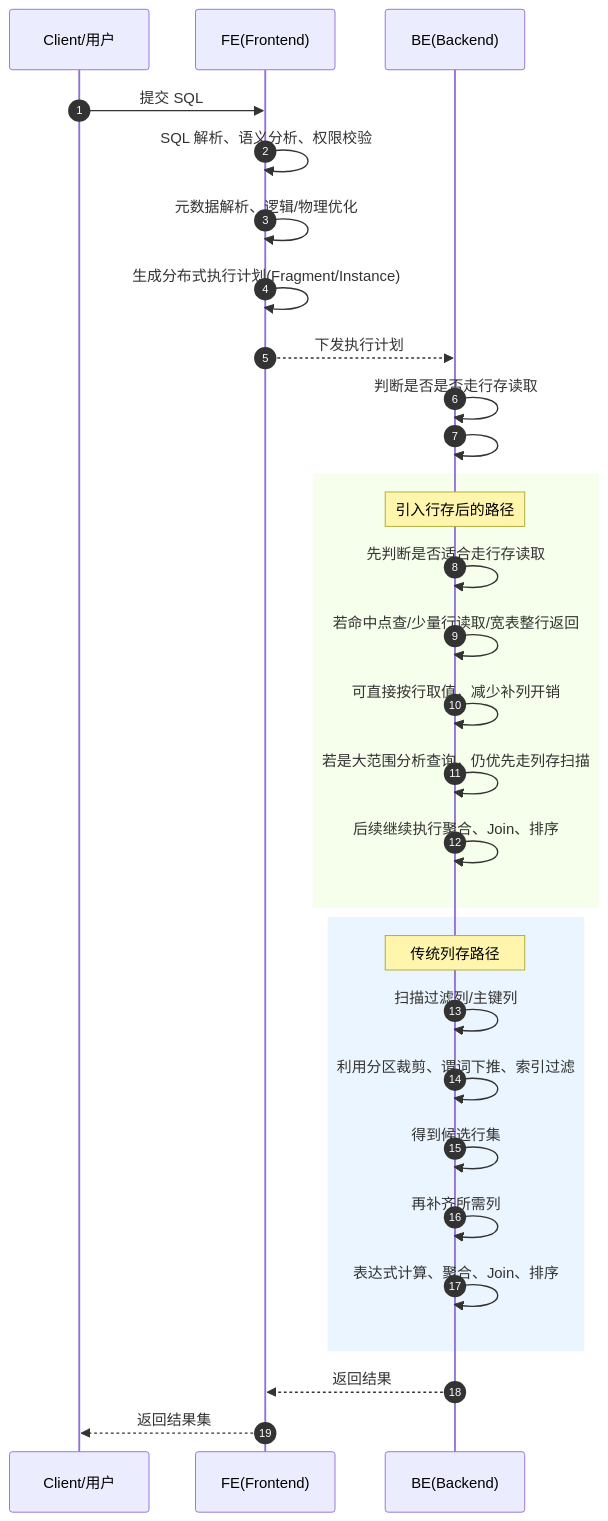
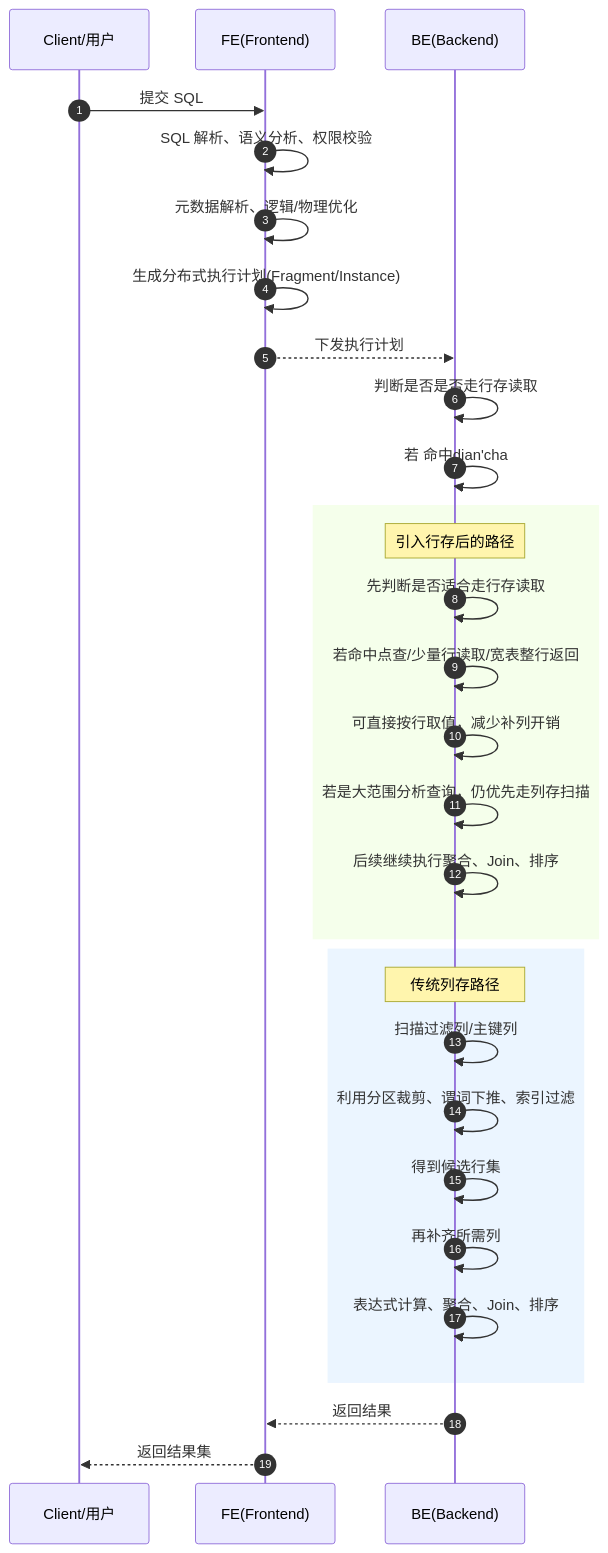
Before and after one commit to HY-10-8/iodraw-files: the diagram in all/未命名-4.md, drawn with Mermaid.

Commit message:
2026-04-22 17:41:28 update

````diff
--- a/all/未命名-4.md
+++ b/all/未命名-4.md
@@ -1,50 +1,50 @@
 ```mermaid
 sequenceDiagram
     autonumber
 
     participant Client as Client/用户
     participant FE as FE(Frontend)
     participant BE as BE(Backend)
     
     Client->>FE: 提交 SQL
     FE->>FE: SQL 解析、语义分析、权限校验
     FE->>FE: 元数据解析、逻辑/物理优化
     FE->>FE: 生成分布式执行计划(Fragment/Instance)
     FE-->>BE: 下发执行计划
 
     BE->>BE: 判断是否是否走行存读取
-    BE->>BE: 
+    BE->>BE: 若 命中dian'cha
 
 
 
     rect rgb(245,255,235)
         Note over BE: 引入行存后的路径
         BE->>BE: 先判断是否适合走行存读取
         BE->>BE: 若命中点查/少量行读取/宽表整行返回
         BE->>BE: 可直接按行取值，减少补列开销
         BE->>BE: 若是大范围分析查询，仍优先走列存扫描
         BE->>BE: 后续继续执行聚合、Join、排序
     end
 
 
     rect rgb(235,245,255)
         Note over BE: 传统列存路径
         BE->>BE: 扫描过滤列/主键列
         BE->>BE: 利用分区裁剪、谓词下推、索引过滤
         BE->>BE: 得到候选行集
         BE->>BE: 再补齐所需列
         BE->>BE: 表达式计算、聚合、Join、排序
     end
 
     BE-->>FE: 返回结果
     FE-->>Client: 返回结果集
 
 
 
 
 
 
 
 
 
 ```
````
